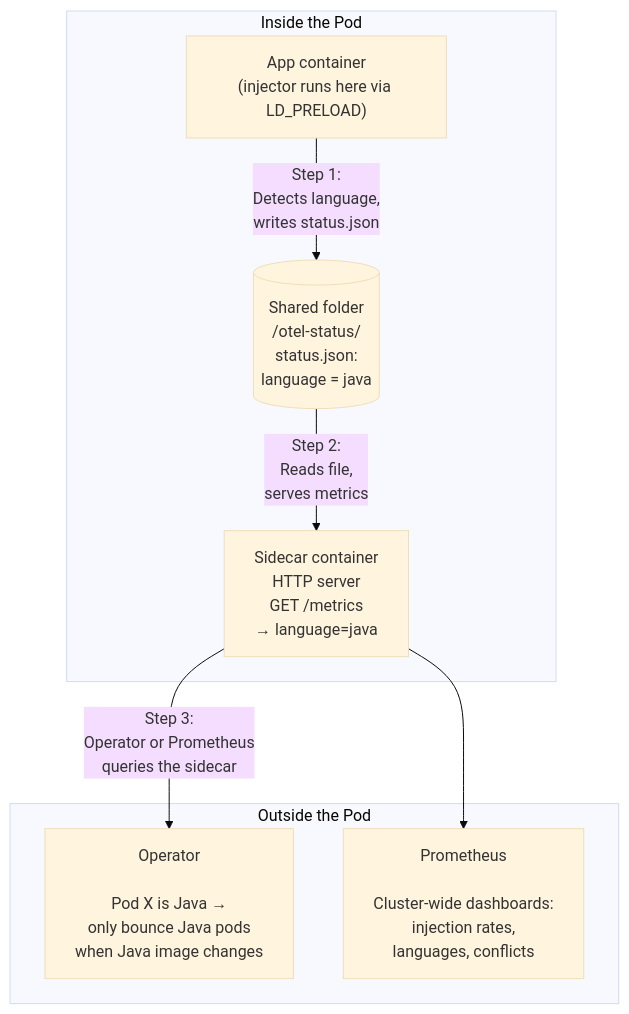
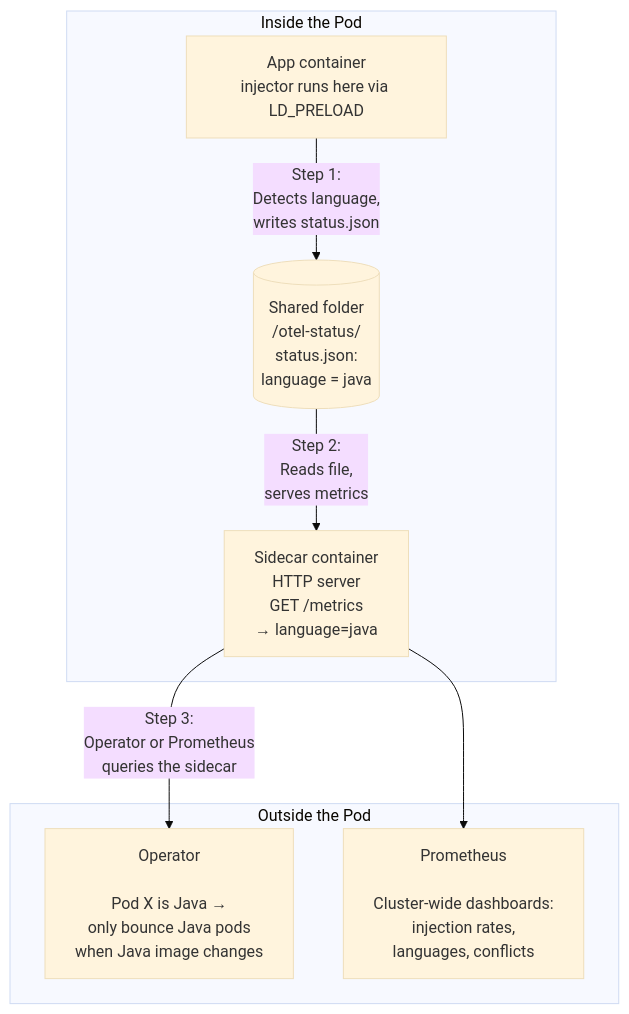
The second of 3 diagrams in hackathon/status-sidecar.md (zeitlinger/opentelemetry-operator), drawn with Mermaid (base theme) before and after one commit. The commit also changed other lines of this file, not shown here.

Commit message:
Fix mermaid: remove parentheses that break node rendering

````diff
--- a/hackathon/status-sidecar.md
+++ b/hackathon/status-sidecar.md
@@ -46,19 +46,19 @@
 ```mermaid
 graph TD
     subgraph Pod["Inside the Pod"]
-        App["App container<br/>(injector runs here via LD_PRELOAD)"]
+        App["App container<br/>injector runs here via LD_PRELOAD"]
         Vol[("Shared folder<br/>/otel-status/<br/>status.json:<br/>language = java")]
         Sidecar["Sidecar container<br/>HTTP server<br/>GET /metrics<br/>→ language=java"]
 
         App -- "Step 1:<br/>Detects language,<br/>writes status.json" --> Vol
         Vol -- "Step 2:<br/>Reads file,<br/>serves metrics" --> Sidecar
     end
 
     subgraph Outside["Outside the Pod"]
         Operator["Operator<br/><br/>Pod X is Java →<br/>only bounce Java pods<br/>when Java image changes"]
         Prom["Prometheus<br/><br/>Cluster-wide dashboards:<br/>injection rates,<br/>languages, conflicts"]
     end
 
     Sidecar -- "Step 3:<br/>Operator or Prometheus<br/>queries the sidecar" --> Operator
     Sidecar --> Prom
 ```
````
